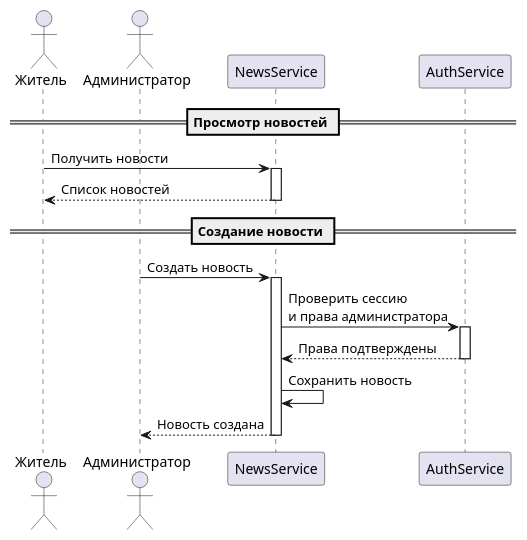
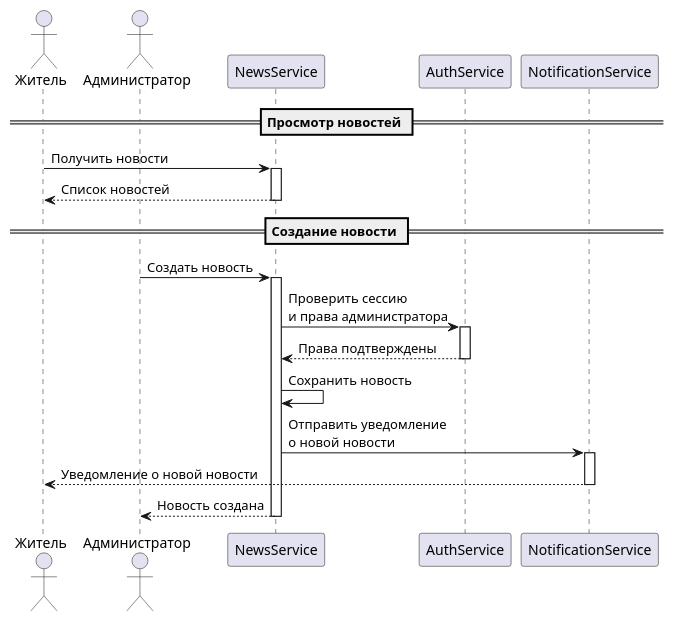
Before and after one commit to ArthurDavletov/ufanet_practice_zheu: the diagram in diagrams/seq_diagram_news.wsd, drawn with PlantUML.

Commit message:
Добавил уведомления

```diff
--- a/diagrams/seq_diagram_news.wsd
+++ b/diagrams/seq_diagram_news.wsd
@@ -1,32 +1,37 @@
 @startuml "Диаграмма последовательности для новостей"
 actor "Житель" as Resident
 actor "Администратор" as Admin
 participant "NewsService" as News
 participant "AuthService" as Auth
+participant "NotificationService" as Notify
 
 == Просмотр новостей ==
 
 Resident -> News : Получить новости
 activate News
 
 News --> Resident : Список новостей
 
 deactivate News
 
 == Создание новости ==
 
 Admin -> News : Создать новость
 activate News
 
 News -> Auth : Проверить сессию\nи права администратора
 activate Auth
 Auth --> News : Права подтверждены
 deactivate Auth
 
 News -> News : Сохранить новость
 
+News -> Notify : Отправить уведомление\nо новой новости
+activate Notify
+Notify --> Resident : Уведомление о новой новости
+deactivate Notify
+
 News --> Admin : Новость создана
-
 deactivate News
 
 @enduml
```
